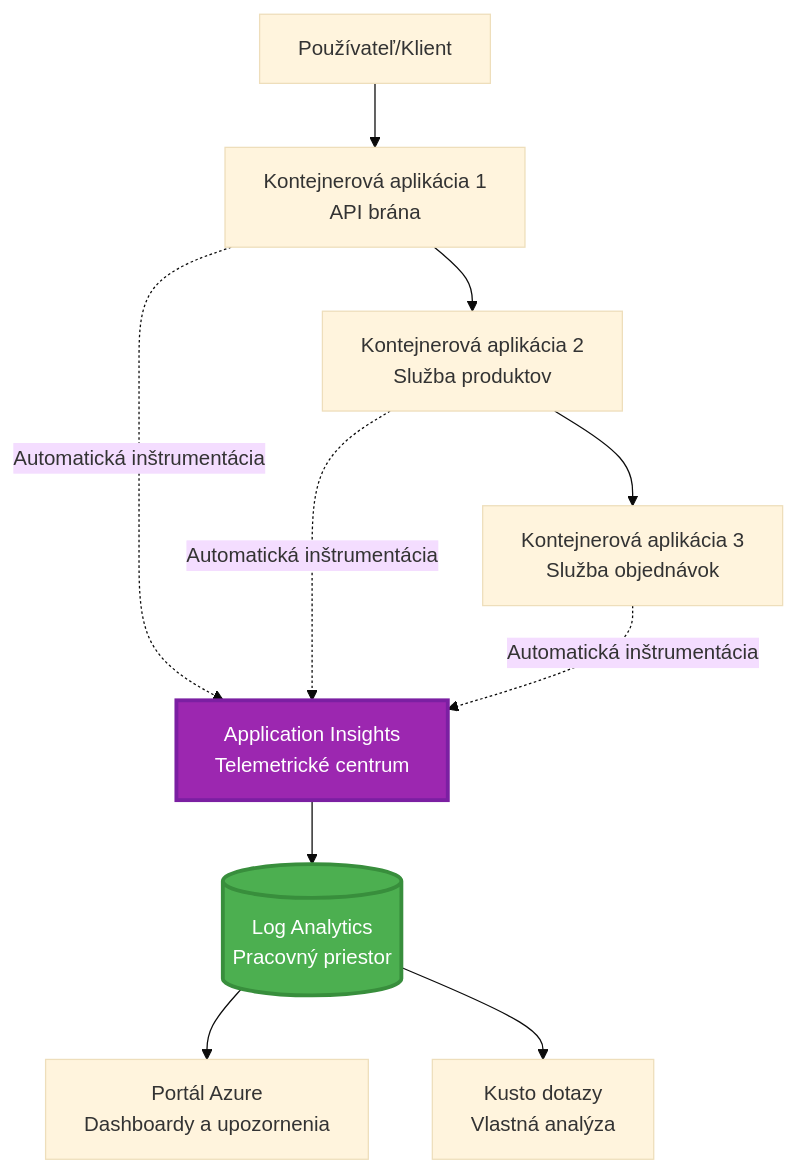
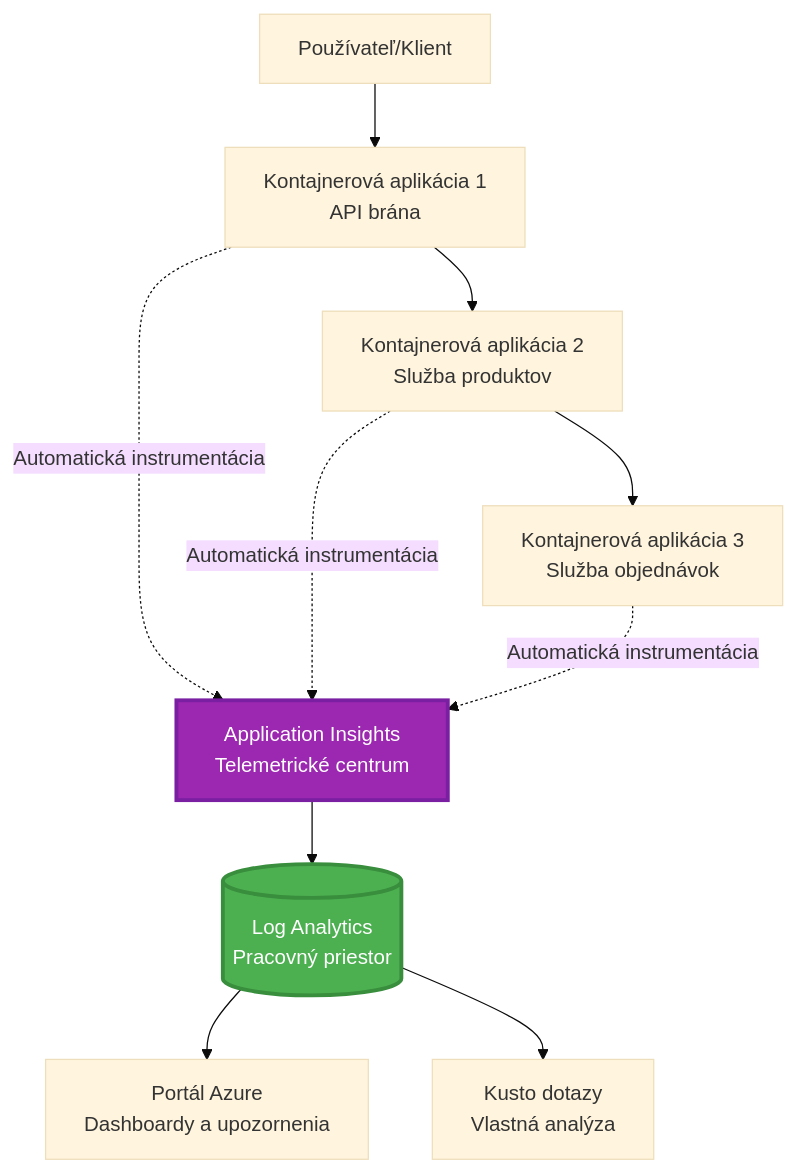
One commit to microsoft/AZD-for-beginners changed the first of 2 diagrams in translations/sk/docs/chapter-06-pre-deployment/application-insights.md. Above: the diagram before and after it, drawn with Mermaid (base theme). The commit also changed other lines of this file and 101 other files, not shown here.

````diff
--- a/translations/sk/docs/chapter-06-pre-deployment/application-insights.md
+++ b/translations/sk/docs/chapter-06-pre-deployment/application-insights.md
@@ -58,28 +58,28 @@
 ```mermaid
 graph TB
     User[Používateľ/Klient]
-    App1[Kontejnerová aplikácia 1<br/>API brána]
-    App2[Kontejnerová aplikácia 2<br/>Služba produktov]
-    App3[Kontejnerová aplikácia 3<br/>Služba objednávok]
+    App1[Kontajnerová aplikácia 1<br/>API brána]
+    App2[Kontajnerová aplikácia 2<br/>Služba produktov]
+    App3[Kontajnerová aplikácia 3<br/>Služba objednávok]
     
     AppInsights[Application Insights<br/>Telemetrické centrum]
     LogAnalytics[(Log Analytics<br/>Pracovný priestor)]
     
     Portal[Portál Azure<br/>Dashboardy a upozornenia]
     Query[Kusto dotazy<br/>Vlastná analýza]
     
     User --> App1
     App1 --> App2
     App2 --> App3
     
-    App1 -.->|Automatická inštrumentácia| AppInsights
-    App2 -.->|Automatická inštrumentácia| AppInsights
-    App3 -.->|Automatická inštrumentácia| AppInsights
+    App1 -.->|Automatická instrumentácia| AppInsights
+    App2 -.->|Automatická instrumentácia| AppInsights
+    App3 -.->|Automatická instrumentácia| AppInsights
     
     AppInsights --> LogAnalytics
     LogAnalytics --> Portal
     LogAnalytics --> Query
     
     style AppInsights fill:#9C27B0,stroke:#7B1FA2,stroke-width:3px,color:#fff
     style LogAnalytics fill:#4CAF50,stroke:#388E3C,stroke-width:3px,color:#fff
 ```
````
